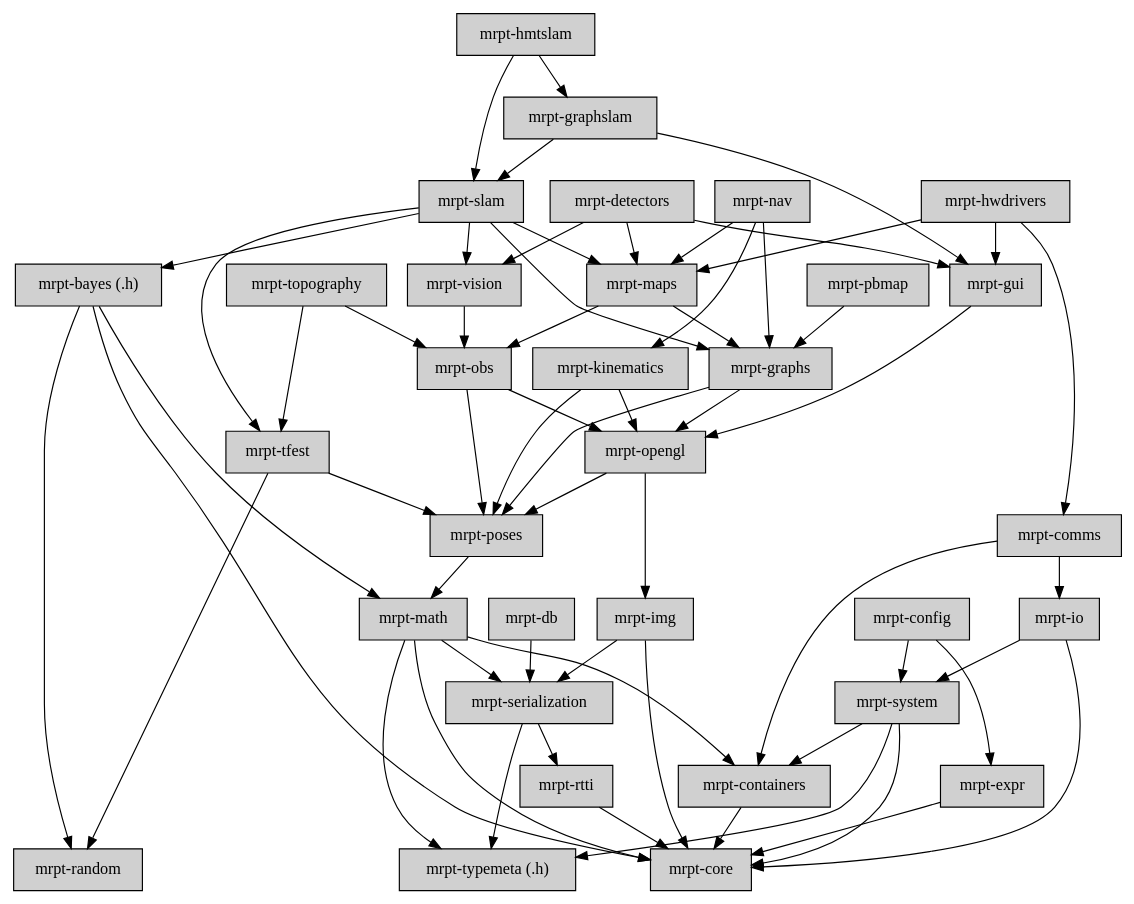
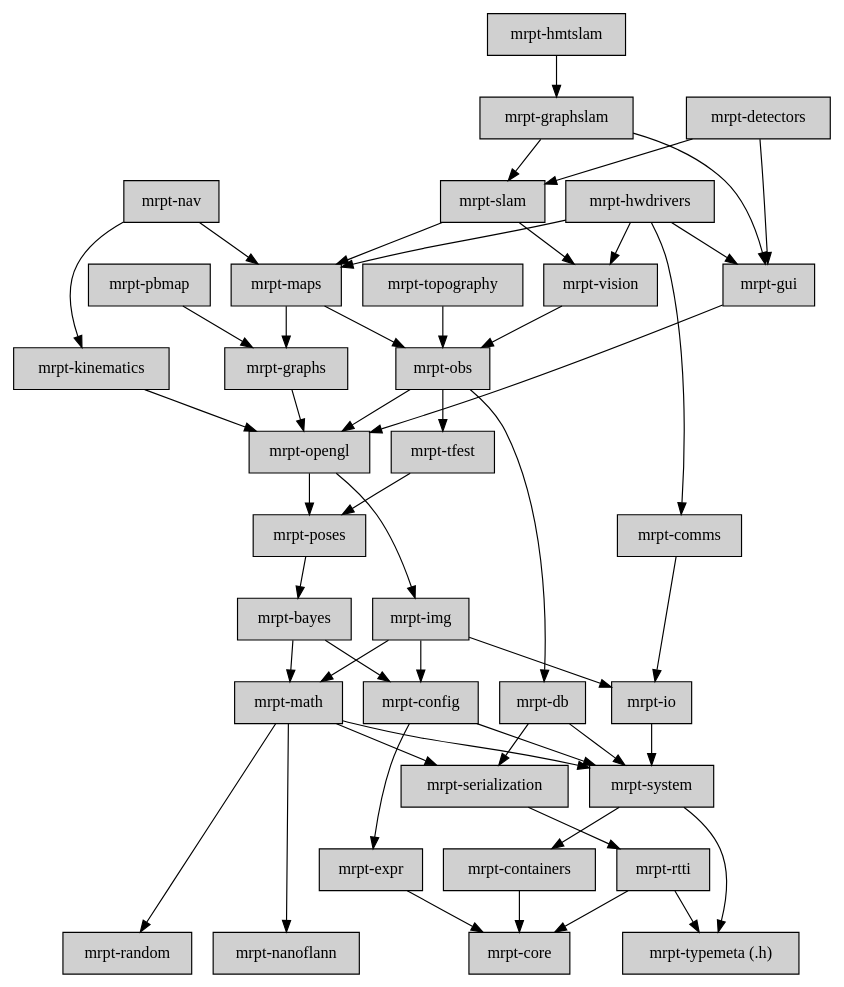
One commit to MRPT/mrpt changed the diagram in doc/design_of_images/graph_mrpt_libs.dot. Above: the diagram before and after it, drawn with Graphviz. The commit also changed 21 other files, not shown here.

```diff
--- a/doc/design_of_images/graph_mrpt_libs.dot
+++ b/doc/design_of_images/graph_mrpt_libs.dot
@@ -1,134 +1,128 @@
 digraph MRPT_LIBS {
 
 	node [shape=box,style=filled, fillcolor="#D0D0D0"];
 
-	bayes [label="mrpt-bayes (.h)",URL="group__mrpt__bayes__grp.html"];
-	bayes -> core;
+	bayes [label="mrpt-bayes",URL="group__mrpt__bayes__grp.html"];
 	bayes -> math;
-	bayes -> random;
+	bayes -> config;
 
 	comms [label="mrpt-comms",URL="group__mrpt__comms__grp.html"];
 	comms -> io;
-	comms -> containers
 
 	config   [label="mrpt-config",URL="group__mrpt__config__grp.html"];
 	config -> expr;
 	config -> system;
 
 	containers  [label="mrpt-containers",URL="group__mrpt__containers__grp.html"];
 	containers -> core;
 
 	{ rank = sink; 
 	core       [label="mrpt-core",URL="group__mrpt__core__grp.html"];
 	}
 
 	db         [label="mrpt-db",URL="group__mrpt__db__grp.html"];
 	db  -> serialization;
+	db  -> system;
 
 	detectors  [label="mrpt-detectors",URL="group__mrpt__detectors__grp.html"];
 	detectors -> gui;
-	detectors -> maps;
-	detectors -> vision;
+	detectors -> slam;
 
 	expr       [label="mrpt-expr",URL="group__mrpt__expr__grp.html"];
 	expr -> core;
 
 	graphs     [label="mrpt-graphs",URL="group__mrpt__graphs__grp.html"];
 	graphs -> opengl;
-	graphs -> poses;
 
 	graphslam  [label="mrpt-graphslam",URL="group__mrpt__graphslam__grp.html"];
 	graphslam -> gui;
 	graphslam -> slam;
 
 	gui        [label="mrpt-gui",URL="group__mrpt__gui__grp.html"];
 	gui -> opengl;
 
 	hmtslam    [label="mrpt-hmtslam",URL="group__mrpt__hmtslam__grp.html"];
 	hmtslam -> graphslam;
-	hmtslam -> slam;
 
 	hwdrivers  [label="mrpt-hwdrivers",URL="group__mrpt__hwdrivers__grp.html"];
 	hwdrivers -> comms;
 	hwdrivers -> gui;
 	hwdrivers -> maps;
+	hwdrivers -> vision;
 
 	img [label="mrpt-img",URL="group__mrpt__img__grp.html"];
-	img  -> core;
-	img  -> serialization;
+	img  -> io;
+	img  -> math;
+	img  -> config;
 
 	io [label="mrpt-io",URL="group__mrpt__io__grp.html"];
-	io  -> core;
 	io  -> system;
 
 	kinematics [label="mrpt-kinematics",URL="group__mrpt__kinematics__grp.html"];
 	kinematics -> opengl;
-	kinematics -> poses;
-
+	
 	maps       [label="mrpt-maps",URL="group__mrpt__maps__grp.html"];
 	maps -> graphs;
 	maps -> obs;
 
 	math       [label="mrpt-math",URL="group__mrpt__math__grp.html"];
-	math -> core;
-	math -> containers;
-	math -> typemeta;
 	math -> serialization;
+	math -> random;
+	math -> system;
+	math -> nanoflann;
+
+	{ rank = sink; 
+	nanoflann  [label="mrpt-nanoflann",URL="group__nanoflann__grp.html"];
+	}
 
 	nav        [label="mrpt-nav",URL="group__mrpt__nav__grp.html"];
-	nav -> graphs;
 	nav -> kinematics;
 	nav -> maps;
 
 	obs        [label="mrpt-obs",URL="group__mrpt__obs__grp.html"];
 	obs -> opengl;
-	obs -> poses;
+	obs -> db;
+	obs -> tfest;
 
 	opengl     [label="mrpt-opengl", URL="group__mrpt__opengl__grp.html"];
 	opengl -> poses;
 	opengl -> img;
 
 	pbmap      [label="mrpt-pbmap",URL="group__mrpt__pbmap__grp.html"];
 	pbmap -> graphs;
 
 	poses     [label="mrpt-poses",URL="group__mrpt__poses__grp.html"];
-	poses -> math;
+	poses -> bayes;
 	
 	{ rank = sink; 
 	random     [label="mrpt-random",URL="group__mrpt__random__grp.html"];
 	}
 
 	rtti     [label="mrpt-rtti",URL="group__mrpt__rtti__grp.html"];
 	rtti -> core;
+	rtti -> typemeta;
 
 	serialization [label="mrpt-serialization",URL="group__mrpt__serialization__grp.html"];
-	serialization -> typemeta;
 	serialization -> rtti;
 
 	slam       [label="mrpt-slam",URL="group__mrpt__slam__grp.html"];
-	slam -> bayes;
-	slam -> graphs;
 	slam -> maps;
-	slam -> tfest;
 	slam -> vision;
 
 	system     [label="mrpt-system",URL="group__mrpt__system__grp.html"];
-	system -> core;
 	system -> typemeta;
 	system -> containers;
 
 	tfest      [label="mrpt-tfest",URL="group__mrpt__tfest__grp.html"];
-	tfest -> random;
 	tfest -> poses;
 
 	topography [label="mrpt-topography",URL="group__mrpt__topography__grp.html"];
 	topography -> obs;
-	topography -> tfest;
 
 	{ rank = sink; 
 	typemeta [label="mrpt-typemeta (.h)",URL="group__mrpt__typemeta__grp.html"];
 	}
 
 	vision     [label="mrpt-vision",URL="group__mrpt__vision__grp.html"];
 	vision -> obs;
 }
```
